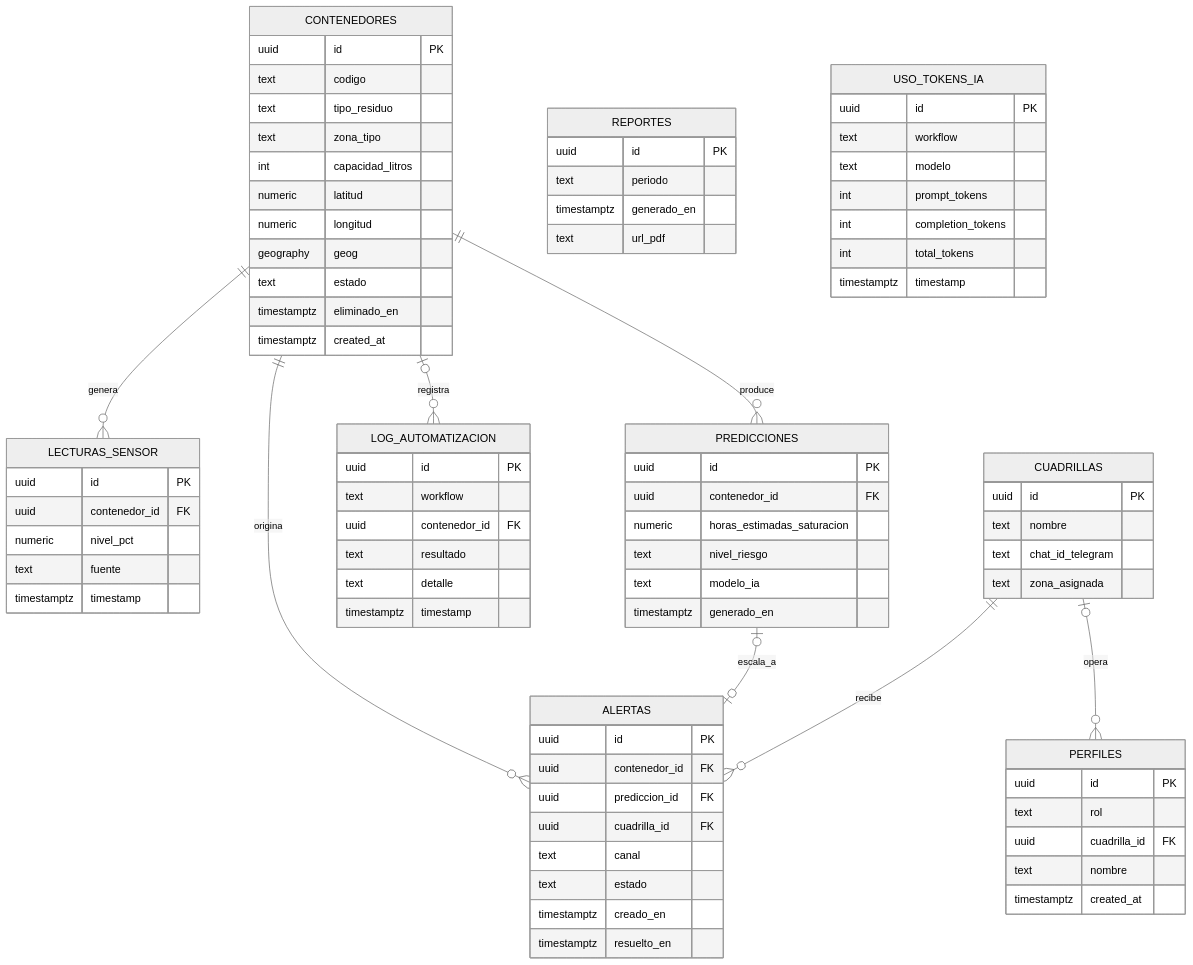
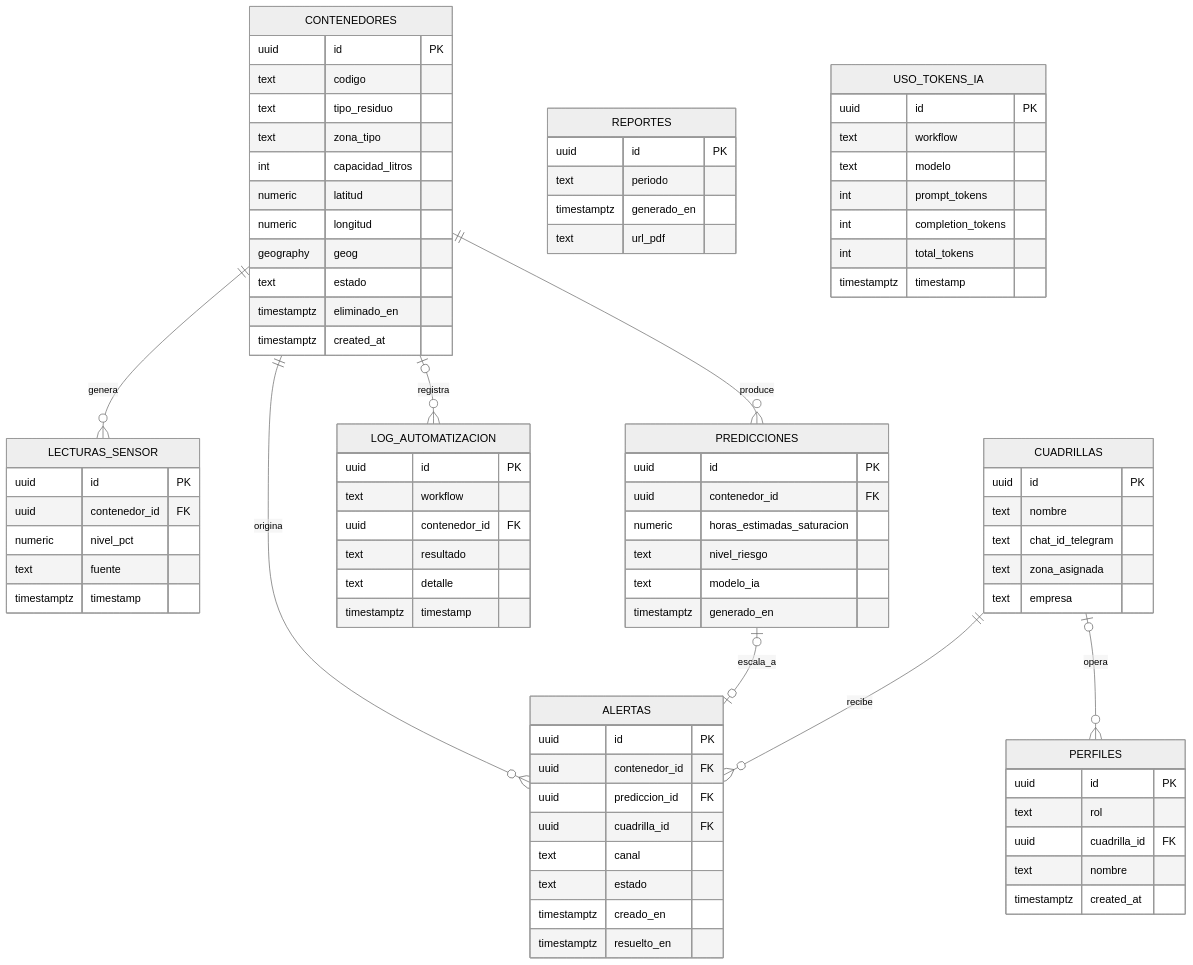
One commit to Jguedezf/SIMDES changed the fourth of 4 diagrams in docs/INFORME-FINAL.md. Above: the diagram before and after it, drawn with Mermaid (neutral theme). The commit also changed other lines of this file and 2 other files, not shown here.

First line of the commit message:
feat: modelo de cuadrillas — campo empresa/ente operador + usuario de prueba cuadrilla@simdes.com

```diff
--- a/docs/INFORME-FINAL.md
+++ b/docs/INFORME-FINAL.md
@@ -778,6 +778,7 @@
         text nombre
         text chat_id_telegram
         text zona_asignada
+        text empresa
     }
     PERFILES {
         uuid id PK
```
